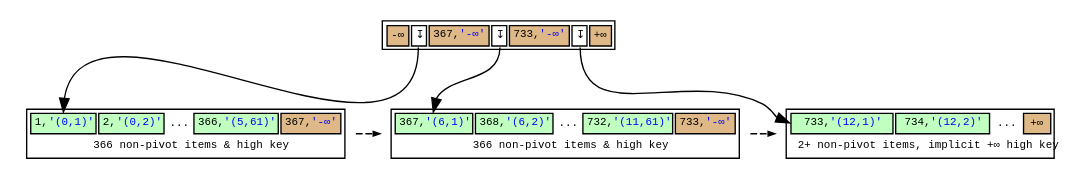
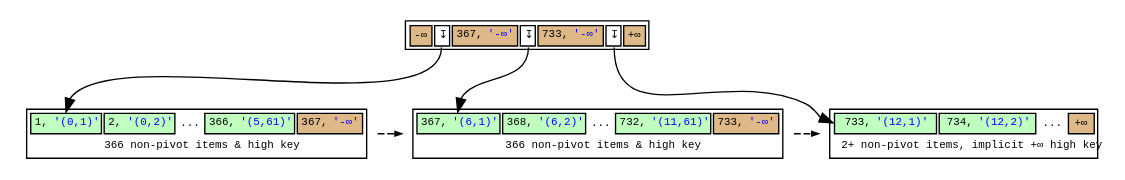
Before and after one commit to petergeoghegan/pg_query_internals: the diagram in postgres-real-btree.dot, drawn with Graphviz.

Commit message:
Change heap TID color in real postgres btree

```diff
--- a/postgres-real-btree.dot
+++ b/postgres-real-btree.dot
@@ -1,88 +1,88 @@
 // Example B-Tree graph
 //
 // Breadth-first order
 //
 // Start from root, go left to right
 //
 // Workflow:
 //
 // $ dot -T svg btree.dot -o btree.svg;
 
 digraph nbtree {
 graph [fontname = "monospace"];
 node [shape = none,height=.1,fontname = "monospace",fontsize=8];
 // Level 1 (root level)
 // Downlinks + highkey:
 rootnode[ label=<<table>
                     <tr>
                         <td bgcolor='burlywood' port="s0">-&infin;</td>
                         <td bgcolor='white' port="d0">&#8615;</td>
-                        <td bgcolor='burlywood' port="s1">367,<font color="blue">'-&infin;'</font></td>
+                        <td bgcolor='burlywood' port="s1">367, <font color="blue">'-&infin;'</font></td>
                         <td bgcolor='white' port="d1">&#8615;</td>
-                        <td bgcolor='burlywood' port="s2">733,<font color="blue">'-&infin;'</font></td>
+                        <td bgcolor='burlywood' port="s2">733, <font color="blue">'-&infin;'</font></td>
                         <td bgcolor='white' port="d2">&#8615;</td>
                         <td bgcolor='burlywood' port="hk">+&infin;</td>
                     </tr>
                 </table>
                >
         ];
 // Downlink arrows to children:
 "rootnode":d0 -> "leafnode_1":t0
 "rootnode":d1 -> "leafnode_2":t0
 "rootnode":d2 -> "leafnode_3":t0
 
 // sibling pointer:
 // (None)
 
 
 // Level 0 (leaf level)
 leafnode_1[ label=<<table>
                     <tr>
-                        <td bgcolor='darkseagreen1' port="t0">1,<font color="blue">'(0,1)'</font></td>
-                        <td bgcolor='darkseagreen1' port="t1">2,<font color="blue">'(0,2)'</font></td>
+                        <td bgcolor='darkseagreen1' port="t0">1, <font color="blue">'(0,1)'</font></td>
+                        <td bgcolor='darkseagreen1' port="t1">2, <font color="blue">'(0,2)'</font></td>
                         <td border="0" bgcolor='white' port="t2">...</td>
-                        <td bgcolor='darkseagreen1' port="t1">366,<font color="blue">'(5,61)'</font></td>
-                        <td bgcolor='burlywood' port="hk">367,<font color="blue">'-&infin;'</font></td>
+                        <td bgcolor='darkseagreen1' port="t1">366, <font color="blue">'(5,61)'</font></td>
+                        <td bgcolor='burlywood' port="hk">367, <font color="blue">'-&infin;'</font></td>
                     </tr>
                     <tr>
                         <td colspan="5" border="0" bgcolor='white'>366 non-pivot items &amp; high key</td>
                     </tr>
                 </table>
                >
         ];
 // sibling pointer:
 "leafnode_1" -> "leafnode_2"[constraint=false,color=black,style=dashed,arrowsize=0.5]
 leafnode_2[ label=<<table>
                     <tr>
-                        <td bgcolor='darkseagreen1' port="t0">367,<font color="blue">'(6,1)'</font></td>
-                        <td bgcolor='darkseagreen1' port="t1">368,<font color="blue">'(6,2)'</font></td>
+                        <td bgcolor='darkseagreen1' port="t0">367, <font color="blue">'(6,1)'</font></td>
+                        <td bgcolor='darkseagreen1' port="t1">368, <font color="blue">'(6,2)'</font></td>
                         <td border="0" bgcolor='white' port="t2">...</td>
-                        <td bgcolor='darkseagreen1' port="t3">732,<font color="blue">'(11,61)'</font></td>
-                        <td bgcolor='burlywood' port="hk">733,<font color="blue">'-&infin;'</font></td>
+                        <td bgcolor='darkseagreen1' port="t3">732, <font color="blue">'(11,61)'</font></td>
+                        <td bgcolor='burlywood' port="hk">733, <font color="blue">'-&infin;'</font></td>
                     </tr>
                     <tr>
                         <td colspan="5" border="0" bgcolor='white'>366 non-pivot items &amp; high key</td>
                     </tr>
                 </table>
                >
         ];
 // sibling pointer:
 "leafnode_2" -> "leafnode_3"[constraint=false,color=black,style=dashed,arrowsize=0.5]
 leafnode_3[ label=<<table>
                     <tr>
-                        <td bgcolor='darkseagreen1' port="t0">733,<font color="blue">'(12,1)'</font></td>
-                        <td bgcolor='darkseagreen1' port="t1">734,<font color="blue">'(12,2)'</font></td>
+                        <td bgcolor='darkseagreen1' port="t0">733, <font color="blue">'(12,1)'</font></td>
+                        <td bgcolor='darkseagreen1' port="t1">734, <font color="blue">'(12,2)'</font></td>
                         <td border="0" bgcolor='white' port="t2">...</td>
                         <td bgcolor='burlywood' port="hk">+&infin;</td>
                     </tr>
                     <tr>
                         <td colspan="4" border="0" bgcolor='white'>2+ non-pivot items, implicit +&infin; high key</td>
                     </tr>
                 </table>
                >
         ];
 
 //Force alignment from root to internal to leaf levels:
 edge[style=invis];
 "rootnode":d1 -> "leafnode_2":t2
 }
```
